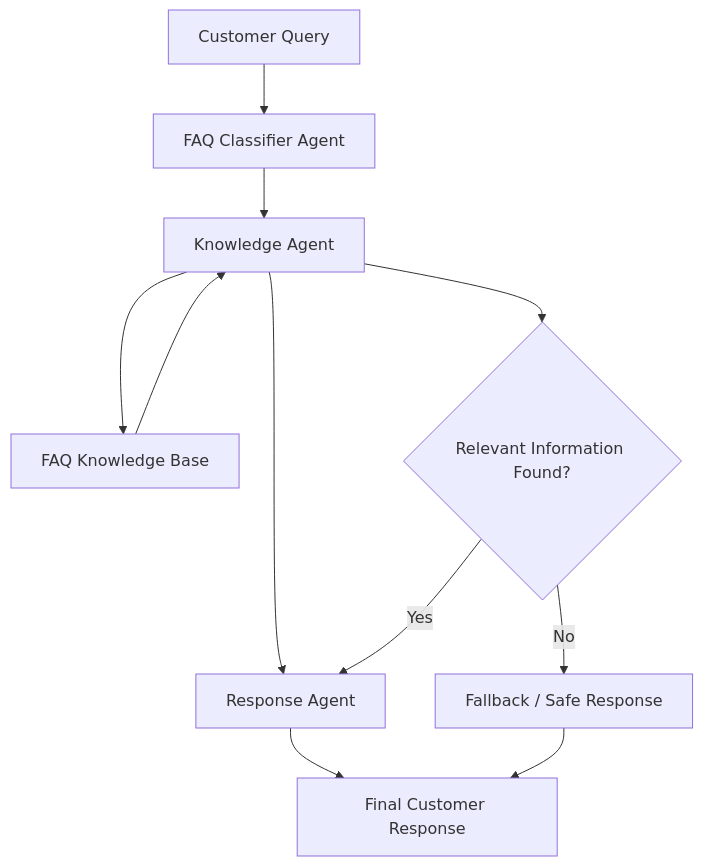
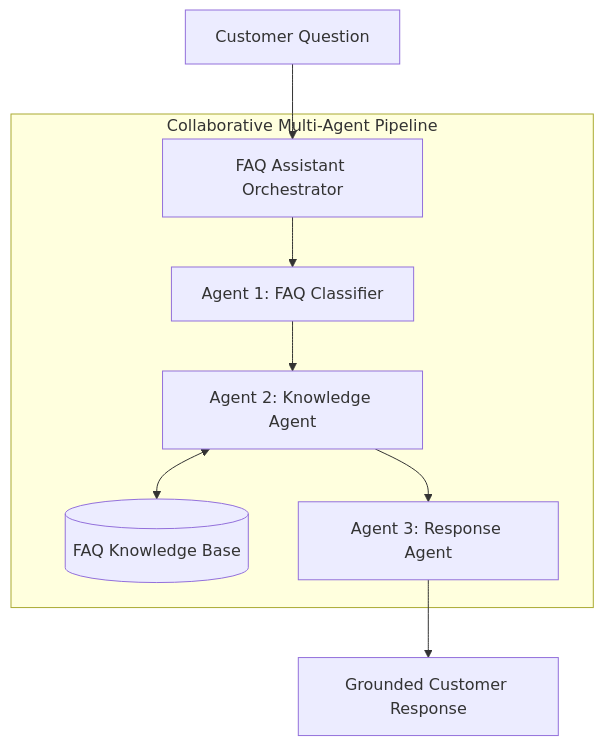
Before and after one commit to haniaeman2026-pixel/ShopSmart-AI: the first of 3 diagrams in README.md, drawn with Mermaid. The commit also changed other lines of this file, not shown here.

````diff
--- a/README.md
+++ b/README.md
@@ -38,15 +47,13 @@
 ```mermaid
 flowchart TD
-    A["Customer Query"] --> B["FAQ Classifier Agent"]
-    B --> C["Knowledge Agent"]
-    C --> D["Response Agent"]
-    D --> E["Final Customer Response"]
+    A[Customer Question] --> B[FAQ Assistant Orchestrator]
 
-    C --> F["FAQ Knowledge Base"]
-    F --> C
+    subgraph Agents[Collaborative Multi-Agent Pipeline]
+        B --> C[Agent 1: FAQ Classifier]
+        C --> D[Agent 2: Knowledge Agent]
+        D <--> E[(FAQ Knowledge Base)]
+        D --> F[Agent 3: Response Agent]
+    end
 
-    C --> G{"Relevant Information Found?"}
-    G -->|Yes| D
-    G -->|No| H["Fallback / Safe Response"]
-    H --> E
+    F --> G[Grounded Customer Response]
 ```
````
